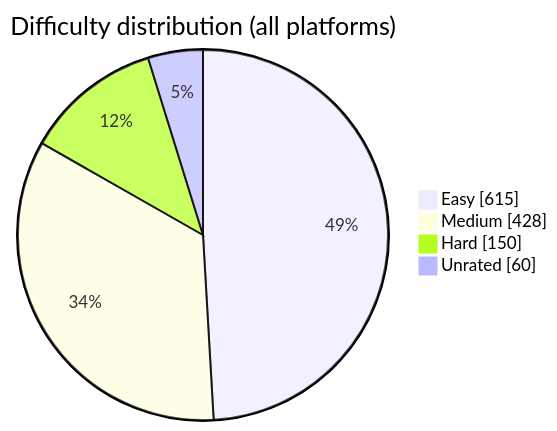
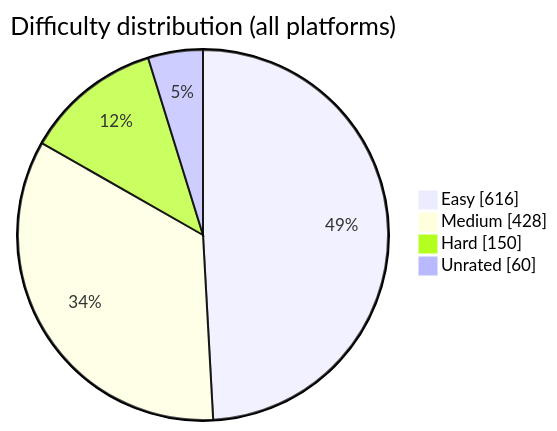
Before and after one commit to BuildbyArindam/Daily-Coding-Log: the diagram in README.md, drawn with Mermaid. The commit also changed other lines of this file, not shown here.

````diff
--- a/README.md
+++ b/README.md
@@ -93,7 +93,7 @@
 ```mermaid
 pie showData title Difficulty distribution (all platforms)
-    "Easy" : 615
+    "Easy" : 616
     "Medium" : 428
     "Hard" : 150
     "Unrated" : 60
 ```
````
